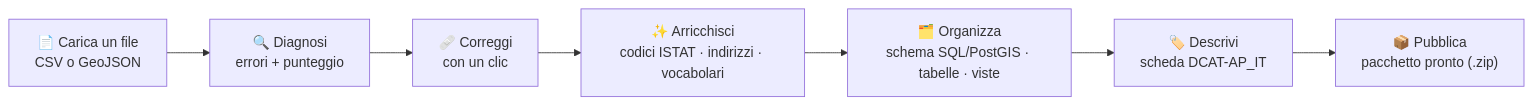
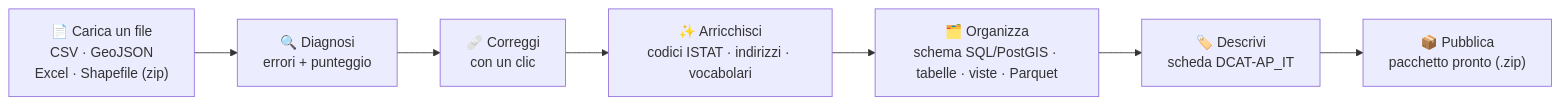
The diagram in README.md (agent-engineering-studio/opendata-ai), drawn with Mermaid before and after one commit. The commit also changed other lines of this file and 14 other files, not shown here.

First line of the commit message:
feat(quality): convertitori avanzati XLSX→CSV, Shapefile→GeoJSON, export Parquet (#101)

````diff
--- a/README.md
+++ b/README.md
@@ -183,9 +183,9 @@
 ```mermaid
 flowchart LR
-  A["📄 Carica un file<br/>CSV o GeoJSON"] --> B["🔍 Diagnosi<br/>errori + punteggio"]
+  A["📄 Carica un file<br/>CSV · GeoJSON<br/>Excel · Shapefile (zip)"] --> B["🔍 Diagnosi<br/>errori + punteggio"]
   B --> C["🩹 Correggi<br/>con un clic"]
   C --> D["✨ Arricchisci<br/>codici ISTAT · indirizzi · vocabolari"]
-  D --> E["🗂️ Organizza<br/>schema SQL/PostGIS · tabelle · viste"]
+  D --> E["🗂️ Organizza<br/>schema SQL/PostGIS · tabelle · viste · Parquet"]
   E --> F["🏷️ Descrivi<br/>scheda DCAT-AP_IT"]
   F --> G["📦 Pubblica<br/>pacchetto pronto (.zip)"]
 ```
````
